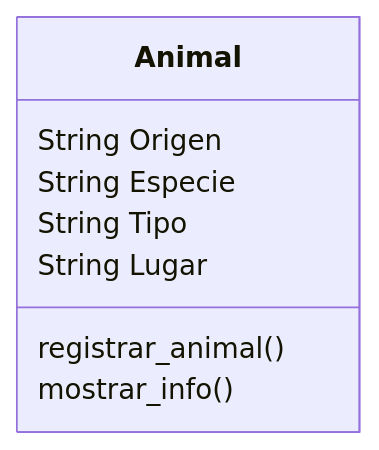
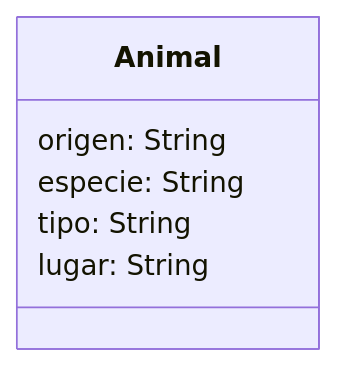
One commit to StephanieApaza/psg-oop-2025 changed the diagram in retos_sesion_02/ejercicio_01.md. Above: the diagram before and after it, drawn with Mermaid. The commit also changed other lines of this file, not shown here.

Commit message:
Corrección del Análisis y Diagrama de clases

````diff
--- a/retos_sesion_02/ejercicio_01.md
+++ b/retos_sesion_02/ejercicio_01.md
@@ -45,11 +44,9 @@
 ```mermaid
 classDiagram
     class Animal{
-        String Origen
-        String Especie
-        String Tipo
-        String Lugar
-        registrar_animal()
-        mostrar_info()
+        origen: String
+        especie: String
+        tipo: String
+        lugar: String
     }
 ```
````
